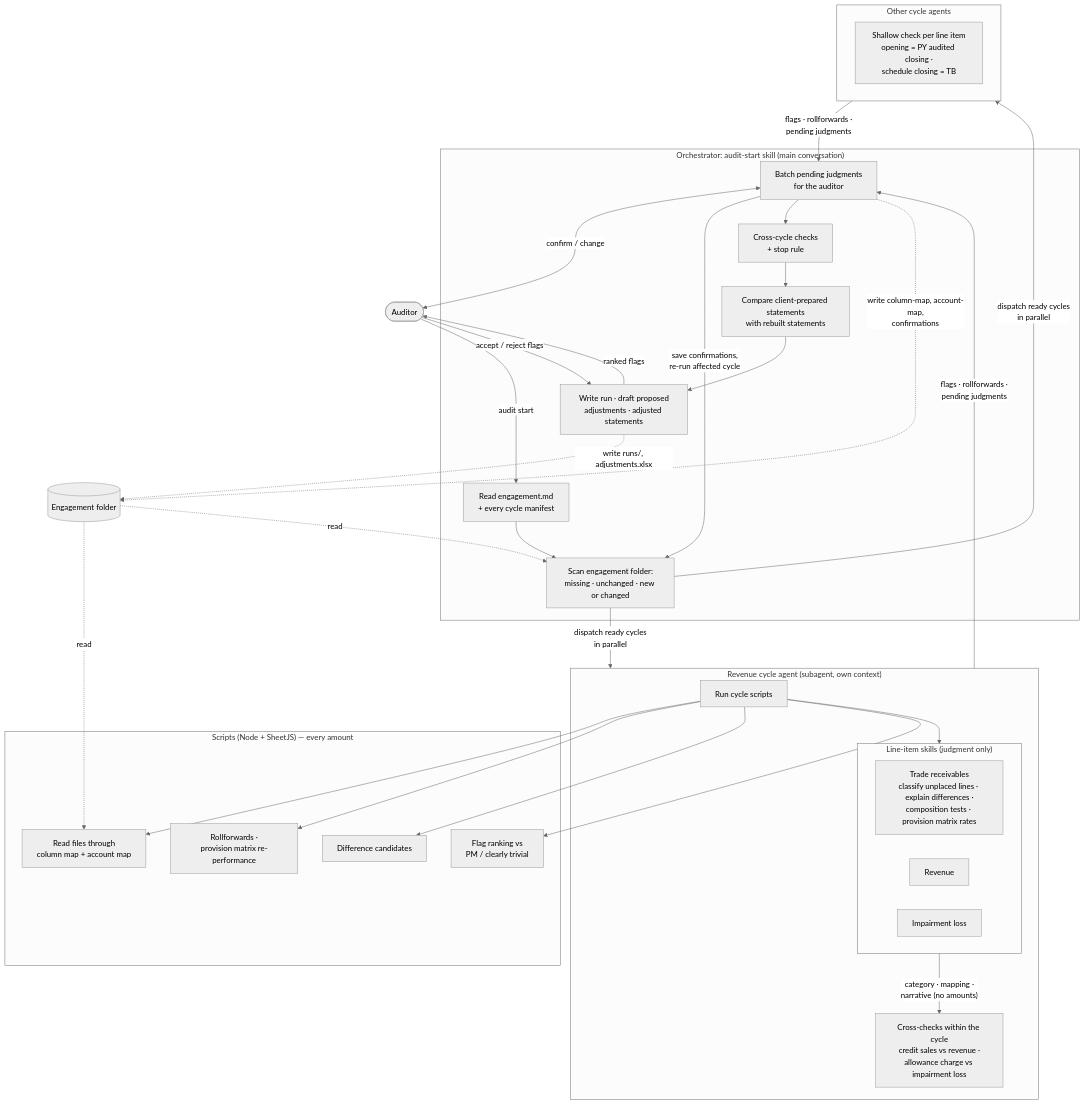
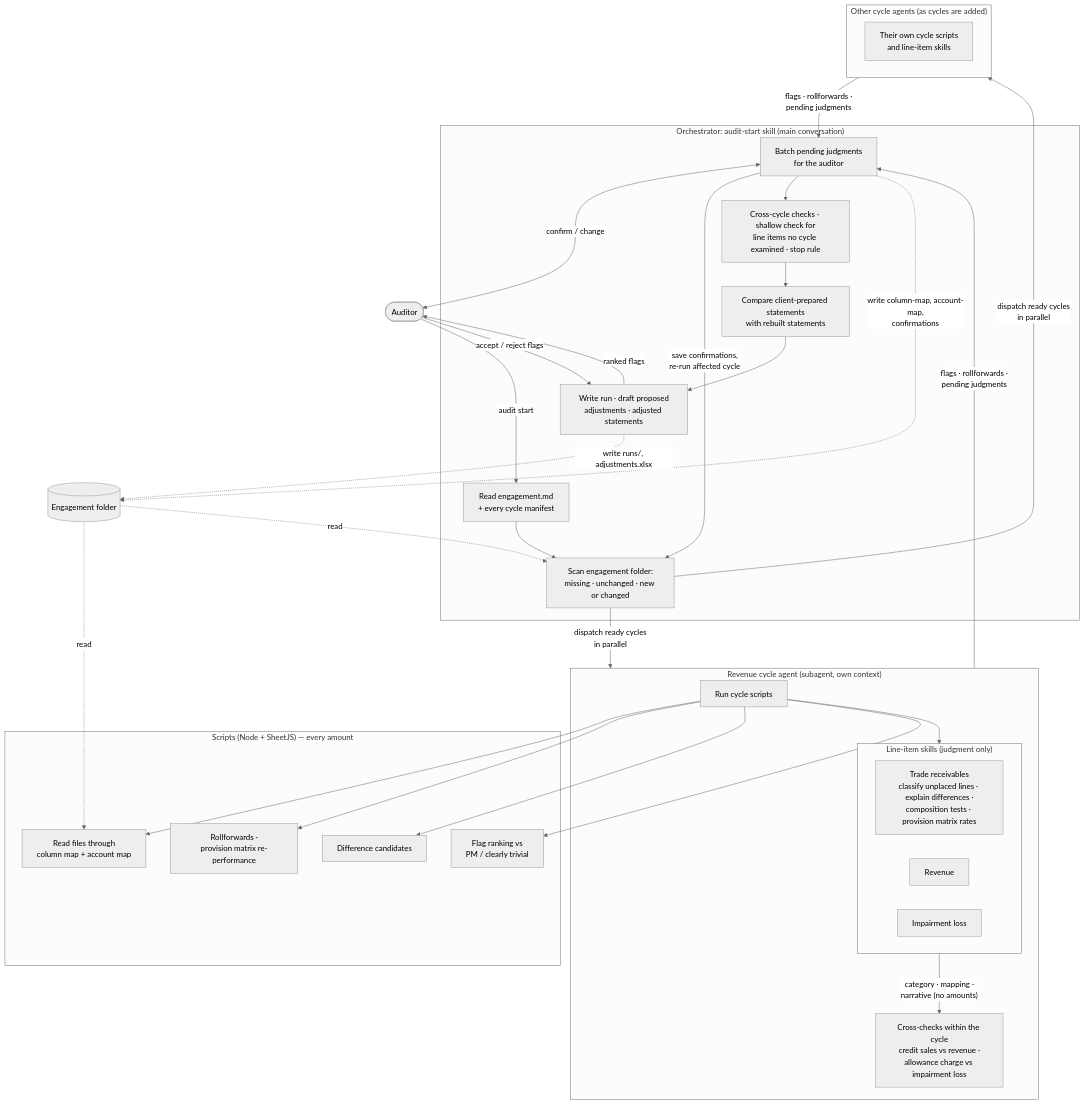
Before and after one commit to chentejung/mpcs_design_build_ship_project: the third of 5 diagrams in docs/skills-harness-diagrams.md, drawn with Mermaid (neutral theme). The commit also changed other lines of this file and 28 other files, not shown here.

First line of the commit message:
Build the audit-start skills for the revenue cycle

````diff
--- a/docs/skills-harness-diagrams.md
+++ b/docs/skills-harness-diagrams.md
@@ -94,51 +97,51 @@
 ```mermaid
 flowchart TB
     AUD(["Auditor"])
 
     subgraph ORCH["Orchestrator: audit-start skill (main conversation)"]
         O1["Read engagement.md<br/>+ every cycle manifest"]
         O2["Scan engagement folder:<br/>missing · unchanged · new or changed"]
         O3["Batch pending judgments<br/>for the auditor"]
-        O4["Cross-cycle checks<br/>+ stop rule"]
+        O4["Cross-cycle checks · shallow check for<br/>line items no cycle examined · stop rule"]
         O5["Compare client-prepared statements<br/>with rebuilt statements"]
         O6["Write run · draft proposed<br/>adjustments · adjusted statements"]
     end
 
     subgraph RC["Revenue cycle agent (subagent, own context)"]
         C1["Run cycle scripts"]
         C2["Cross-checks within the cycle<br/>credit sales vs revenue ·<br/>allowance charge vs impairment loss"]
         subgraph LIS["Line-item skills (judgment only)"]
             L1["Trade receivables<br/>classify unplaced lines · explain differences ·<br/>composition tests · provision matrix rates"]
             L2["Revenue"]
             L3["Impairment loss"]
         end
     end
 
-    subgraph OC["Other cycle agents"]
-        X1["Shallow check per line item<br/>opening = PY audited closing ·<br/>schedule closing = TB"]
+    subgraph OC["Other cycle agents (as cycles are added)"]
+        X1["Their own cycle scripts<br/>and line-item skills"]
     end
 
     subgraph SCR["Scripts (Node + SheetJS) — every amount"]
         S1["Read files through<br/>column map + account map"]
         S2["Rollforwards ·<br/>provision matrix re-performance"]
         S3["Difference candidates"]
         S4["Flag ranking vs<br/>PM / clearly trivial"]
     end
 
     FS[("Engagement folder")]
 
     AUD -->|"audit start"| O1 --> O2
     O2 -->|"dispatch ready cycles<br/>in parallel"| RC & OC
     C1 --> S1 & S2 & S3 & S4
     C1 --> LIS
     LIS -->|"category · mapping ·<br/>narrative (no amounts)"| C2
     RC & OC -->|"flags · rollforwards ·<br/>pending judgments"| O3
     O3 <-->|"confirm / change"| AUD
     O3 -->|"save confirmations,<br/>re-run affected cycle"| O2
     O3 --> O4 --> O5 --> O6
     O6 -->|"ranked flags"| AUD
     AUD -->|"accept / reject flags"| O6
     FS -.->|"read"| O2 & S1
     O6 -.->|"write runs/, adjustments.xlsx"| FS
     O3 -.->|"write column-map, account-map,<br/>confirmations"| FS
 ```
````
